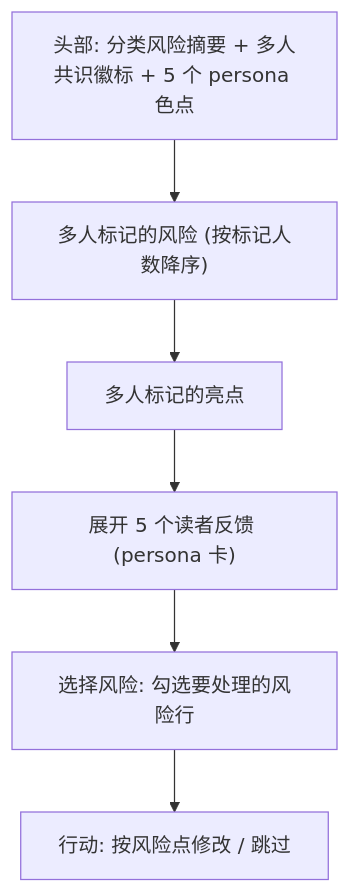
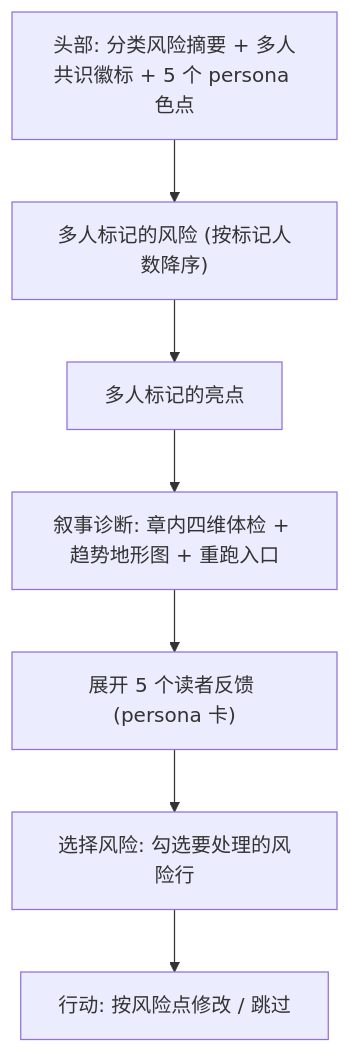
One commit to jinhuang712/open-novel changed the diagram in design/03-reader-panel.md. Above: the diagram before and after it, drawn with Mermaid. The commit also changed other lines of this file and 12 other files, not shown here.

````diff
--- a/design/03-reader-panel.md
+++ b/design/03-reader-panel.md
@@ -11,10 +11,11 @@
 ```mermaid
 flowchart TB
   HEAD["头部: 分类风险摘要 + 多人共识徽标 + 5 个 persona 色点"]
   RISK["多人标记的风险 (按标记人数降序)"]
   WIN["多人标记的亮点"]
+  DIAG["叙事诊断: 章内四维体检 + 趋势地形图 + 重跑入口"]
   DETAIL["展开 5 个读者反馈 (persona 卡)"]
   PICK["选择风险: 勾选要处理的风险行"]
   ACT["行动: 按风险点修改 / 跳过"]
-  HEAD --> RISK --> WIN --> DETAIL --> PICK --> ACT
+  HEAD --> RISK --> WIN --> DIAG --> DETAIL --> PICK --> ACT
 ```
````
